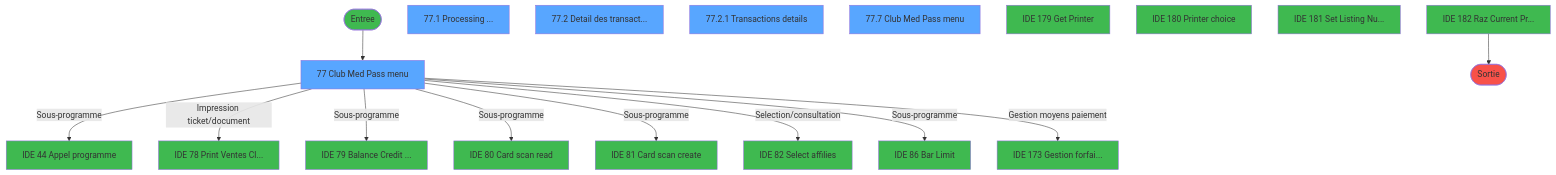
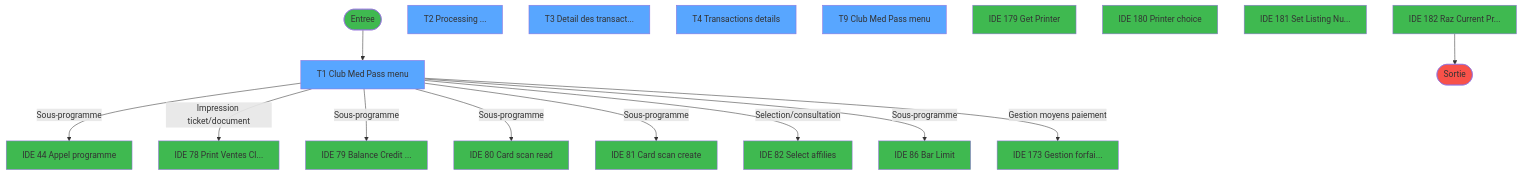
Before and after one commit to thonyAGP/magic-migration: the first of 4 diagrams in .openspec/specs/ADH-IDE-77.md, drawn with Mermaid. The commit also changed other lines of this file and 311 other files, not shown here.

````diff
--- a/.openspec/specs/ADH-IDE-77.md
+++ b/.openspec/specs/ADH-IDE-77.md
@@ -1508,51 +1508,51 @@
 ```mermaid
 flowchart TD
     START([Entree])
     style START fill:#3fb950
-    VF1[77 Club Med Pass menu]
+    VF1[T1 Club Med Pass menu]
     style VF1 fill:#58a6ff
-    VF2[77.1 Processing ...]
+    VF2[T2 Processing ...]
     style VF2 fill:#58a6ff
-    VF3[77.2 Detail des transact...]
+    VF3[T3 Detail des transact...]
     style VF3 fill:#58a6ff
-    VF4[77.2.1 Transactions details]
+    VF4[T4 Transactions details]
     style VF4 fill:#58a6ff
-    VF9[77.7 Club Med Pass menu]
+    VF9[T9 Club Med Pass menu]
     style VF9 fill:#58a6ff
     EXT44[IDE 44 Appel programme]
     style EXT44 fill:#3fb950
     EXT78[IDE 78 Print Ventes Cl...]
     style EXT78 fill:#3fb950
     EXT79[IDE 79 Balance Credit ...]
     style EXT79 fill:#3fb950
     EXT80[IDE 80 Card scan read]
     style EXT80 fill:#3fb950
     EXT81[IDE 81 Card scan create]
     style EXT81 fill:#3fb950
     EXT82[IDE 82 Select affilies]
     style EXT82 fill:#3fb950
     EXT86[IDE 86 Bar Limit]
     style EXT86 fill:#3fb950
     EXT173[IDE 173 Gestion forfai...]
     style EXT173 fill:#3fb950
     EXT179[IDE 179 Get Printer]
     style EXT179 fill:#3fb950
     EXT180[IDE 180 Printer choice]
     style EXT180 fill:#3fb950
     EXT181[IDE 181 Set Listing Nu...]
     style EXT181 fill:#3fb950
     EXT182[IDE 182 Raz Current Pr...]
     style EXT182 fill:#3fb950
     FIN([Sortie])
     style FIN fill:#f85149
     START --> VF1
     VF1 -->|Sous-programme| EXT44
     VF1 -->|Impression ticket/document| EXT78
     VF1 -->|Sous-programme| EXT79
     VF1 -->|Sous-programme| EXT80
     VF1 -->|Sous-programme| EXT81
     VF1 -->|Selection/consultation| EXT82
     VF1 -->|Sous-programme| EXT86
     VF1 -->|Gestion moyens paiement| EXT173
     EXT182 --> FIN
 ```
````
